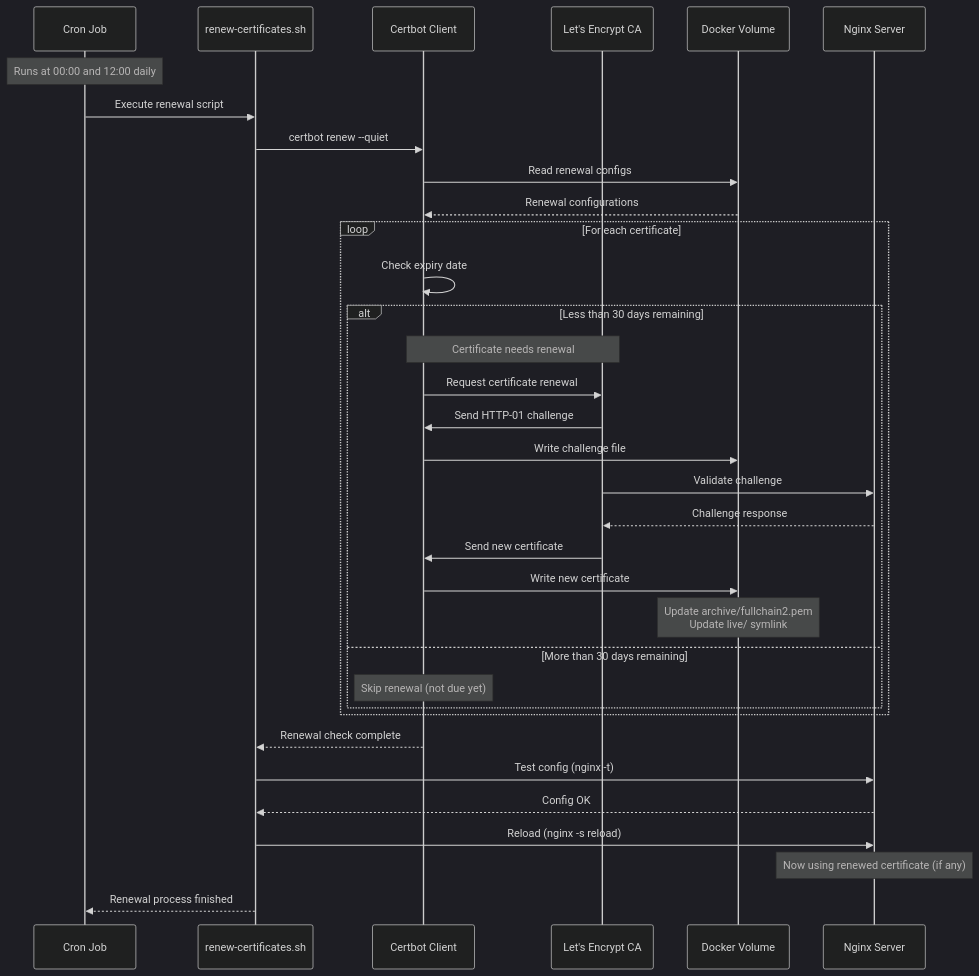
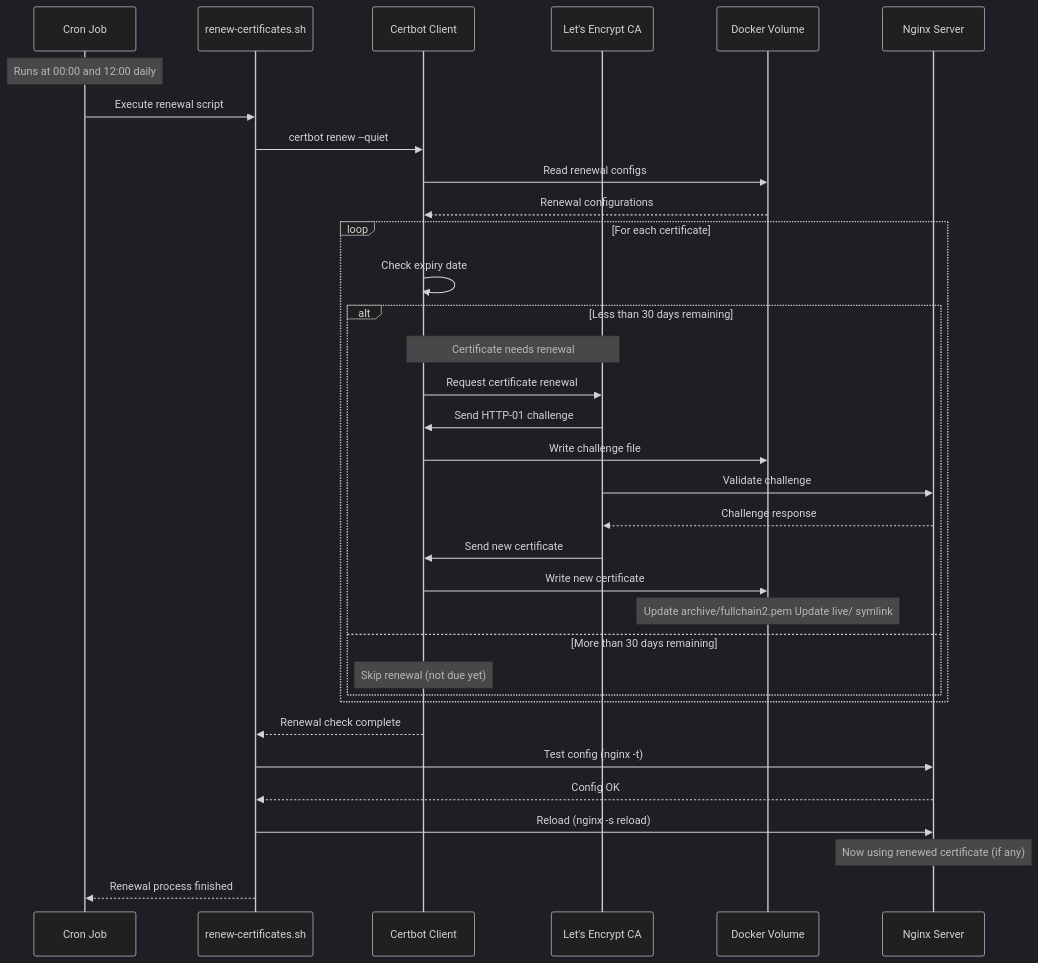
Before and after one commit to softwarewrighter/ssl-proxy-for-do: the second of 5 diagrams in wiki/SSL-Certificate-Management.md, drawn with Mermaid (dark theme). The commit also changed other lines of this file and 3 other files, not shown here.

First line of the commit message:
Remove all remaining br tags from sequence diagrams

````diff
--- a/wiki/SSL-Certificate-Management.md
+++ b/wiki/SSL-Certificate-Management.md
@@ -239,42 +239,42 @@
 ```mermaid
 sequenceDiagram
     participant Cron as Cron Job
     participant Script as renew-certificates.sh
     participant Certbot as Certbot Client
     participant LE as Let's Encrypt CA
     participant Volume as Docker Volume
     participant Nginx as Nginx Server
 
-    Note over Cron: Runs at 00:00 and 12:00 daily
+ Note over Cron: Runs at 00:00 and 12:00 daily
 
     Cron->>Script: Execute renewal script
     Script->>Certbot: certbot renew --quiet
     Certbot->>Volume: Read renewal configs
     Volume-->>Certbot: Renewal configurations
 
     loop For each certificate
         Certbot->>Certbot: Check expiry date
         alt Less than 30 days remaining
-            Note over Certbot,LE: Certificate needs renewal
+ Note over Certbot,LE: Certificate needs renewal
             Certbot->>LE: Request certificate renewal
             LE->>Certbot: Send HTTP-01 challenge
             Certbot->>Volume: Write challenge file
             LE->>Nginx: Validate challenge
             Nginx-->>LE: Challenge response
             LE->>Certbot: Send new certificate
             Certbot->>Volume: Write new certificate
-            Note over Volume: Update archive/fullchain2.pem<br/>Update live/ symlink
+ Note over Volume: Update archive/fullchain2.pem Update live/ symlink
         else More than 30 days remaining
-            Note over Certbot: Skip renewal (not due yet)
+ Note over Certbot: Skip renewal (not due yet)
         end
     end
 
     Certbot-->>Script: Renewal check complete
 
     Script->>Nginx: Test config (nginx -t)
     Nginx-->>Script: Config OK
     Script->>Nginx: Reload (nginx -s reload)
-    Note over Nginx: Now using renewed certificate (if any)
+ Note over Nginx: Now using renewed certificate (if any)
 
     Script-->>Cron: Renewal process finished
 ```
````
